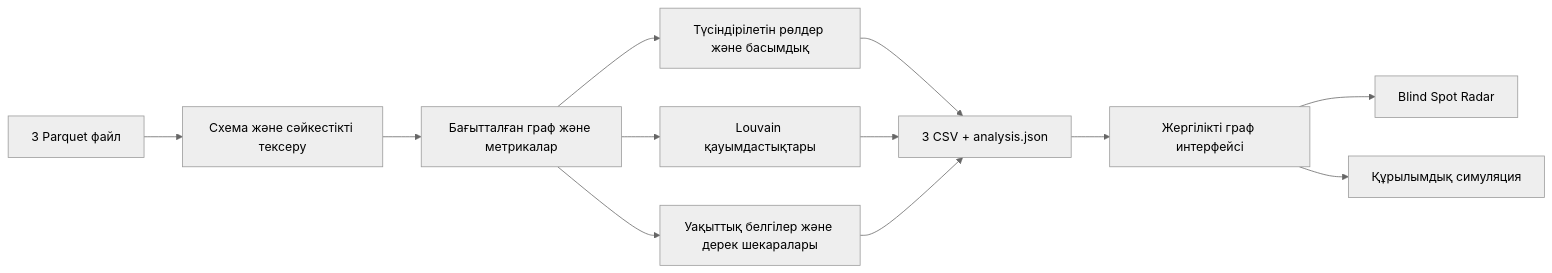
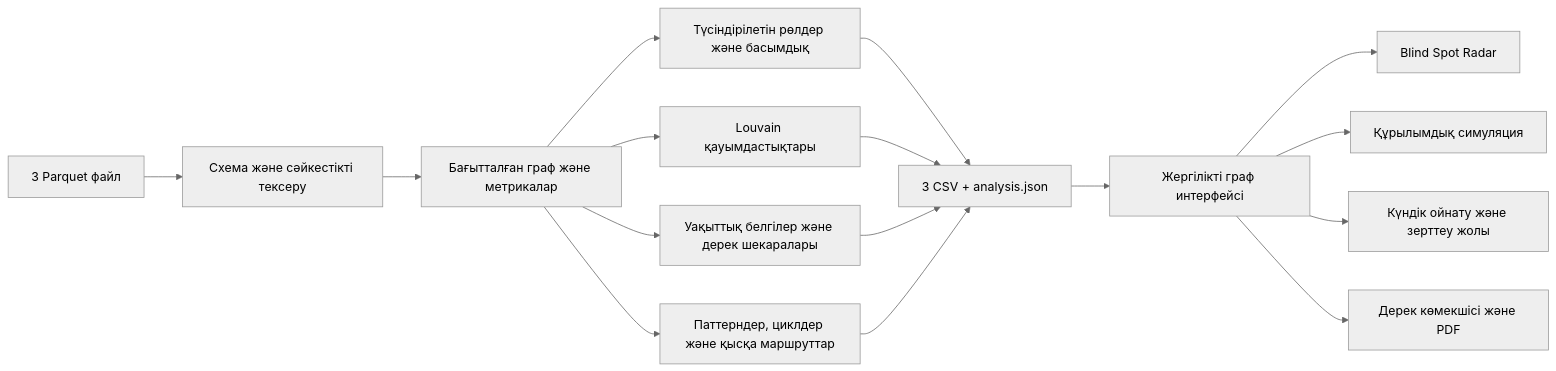
Before and after one commit to BAITC-Hacks/hack-bfb7d63d-codeai: the diagram in README.md, drawn with Mermaid (neutral theme). The commit also changed other lines of this file and 35 other files, not shown here.

Commit message:
Add investigation lab, graph insights and local AI assistant

````diff
--- a/README.md
+++ b/README.md
@@ -96,14 +133,18 @@
 ```mermaid
 flowchart LR
     A[3 Parquet файл] --> B[Схема және сәйкестікті тексеру]
     B --> C[Бағытталған граф және метрикалар]
     C --> D[Түсіндірілетін рөлдер және басымдық]
     C --> E[Louvain қауымдастықтары]
     C --> F[Уақыттық белгілер және дерек шекаралары]
+    C --> K[Паттерндер, циклдер және қысқа маршруттар]
     D --> G[3 CSV + analysis.json]
     E --> G
     F --> G
+    K --> G
     G --> H[Жергілікті граф интерфейсі]
     H --> I[Blind Spot Radar]
     H --> J[Құрылымдық симуляция]
+    H --> L[Күндік ойнату және зерттеу жолы]
+    H --> M[Дерек көмекшісі және PDF]
 ```
````
